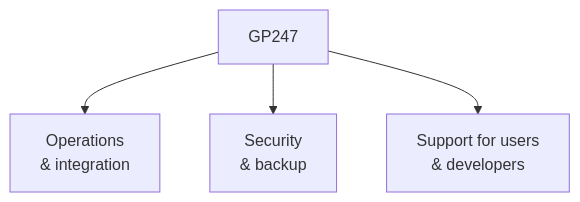
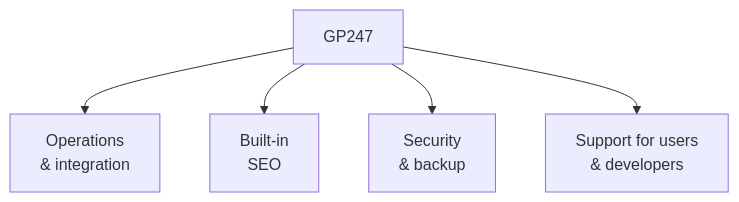
Before and after one commit to gp247-dev/gp247-docs: the first of 2 diagrams in about/gp247.md, drawn with Mermaid. The commit also changed other lines of this file and 2 other files, not shown here.

First line of the commit message:
docs(about): introduce built-in SEO

````diff
--- a/about/gp247.md
+++ b/about/gp247.md
@@ -27,6 +29,7 @@
 ```mermaid
 flowchart TB
     G["GP247"] --> A["Operations<br/>& integration"]
+    G --> D["Built-in<br/>SEO"]
     G --> B["Security<br/>& backup"]
     G --> C["Support for users<br/>& developers"]
 ```
````
